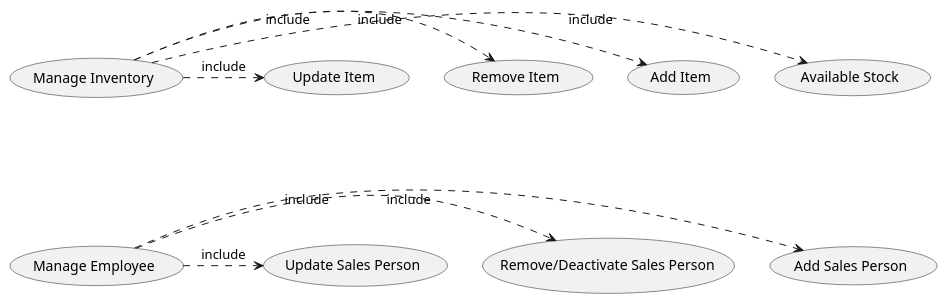
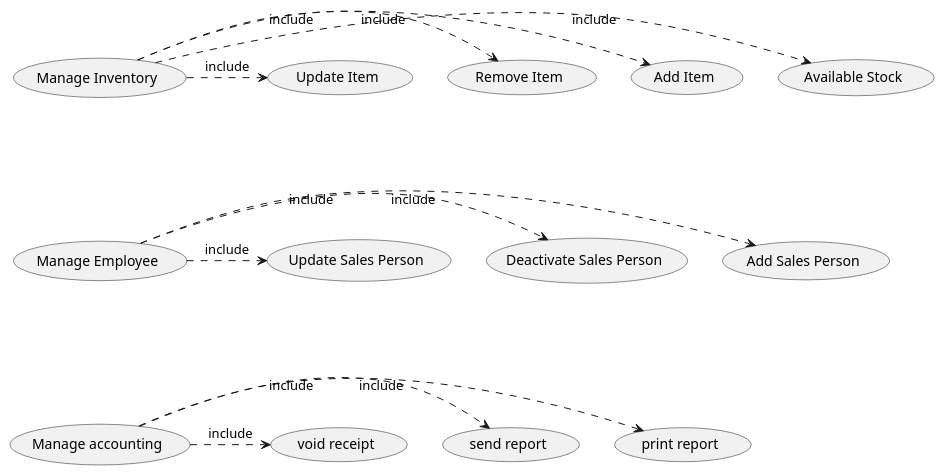
The third of 5 diagrams in Deliverables/RequirementsDocument.md (zitabou/EZShop), drawn with PlantUML before and after one commit.

Commit message:
Update RequirementsDocument.md (usecase diagram)

````diff
--- a/Deliverables/RequirementsDocument.md
+++ b/Deliverables/RequirementsDocument.md
@@ -276,13 +276,18 @@
 ```plantuml
 @startuml
 (Manage Inventory) .> (Available Stock) :include
 (Manage Inventory) .> (Add Item) :include
 (Manage Inventory) .> (Remove Item) :include
 (Manage Inventory) .> (Update Item) :include
 
 (Manage Employee) -[hidden]up-- (Manage Inventory)
 (Manage Employee) .> (Add Sales Person) :include
-(Manage Employee) .> (Remove/Deactivate Sales Person) :include
+(Manage Employee) .> (Deactivate Sales Person) :include
 (Manage Employee) .> (Update Sales Person) :include
+
+(Manage accounting) -[hidden]up-- (Manage Employee)
+(Manage accounting) .> (print report) :include
+(Manage accounting) .> (send report) :include
+(Manage accounting) .> (void receipt) :include
 @enduml
 ```
````
